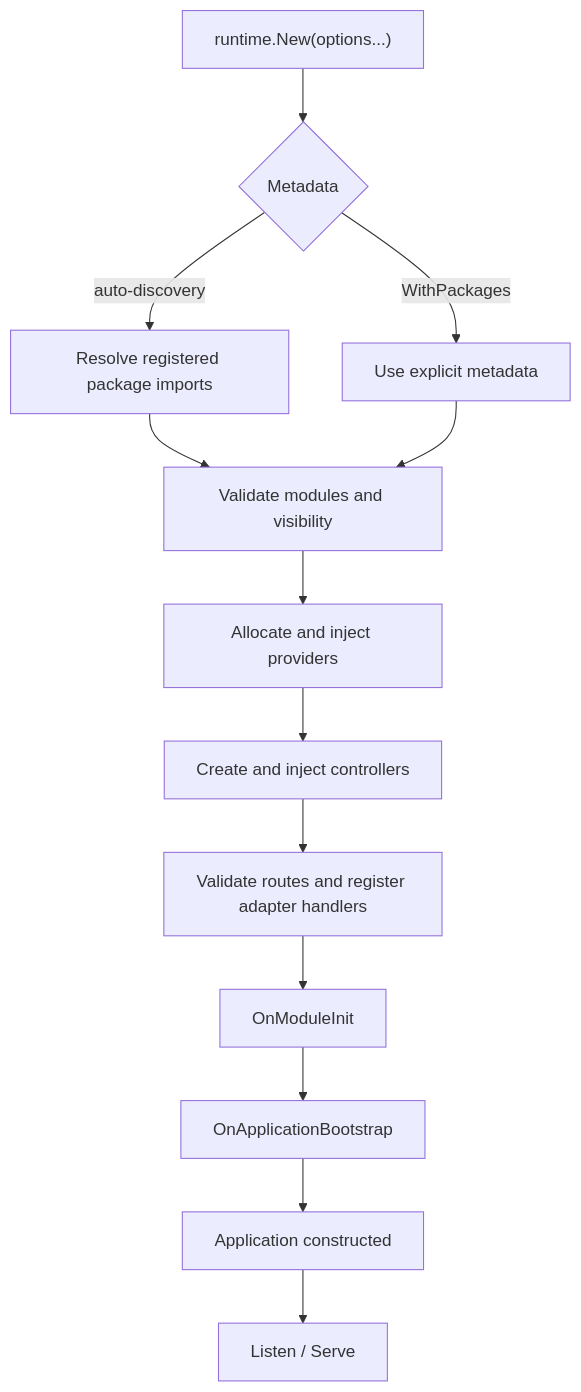
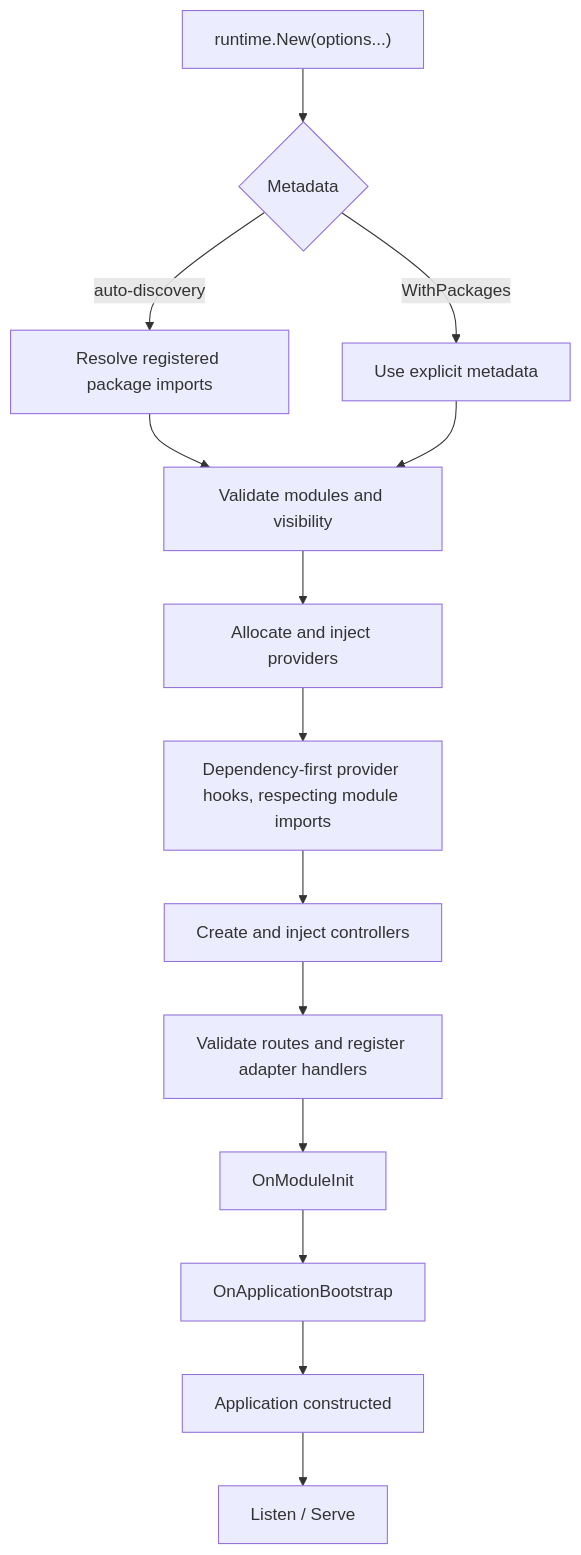
The first of 3 diagrams in website/docs/fundamentals/lifecycle.md (kevenmiano/nestgo), drawn with Mermaid before and after one commit. The commit also changed other lines of this file and 7 other files, not shown here.

````diff
--- a/website/docs/fundamentals/lifecycle.md
+++ b/website/docs/fundamentals/lifecycle.md
@@ -25,15 +25,16 @@
 ```mermaid
 flowchart TD
   Entry["runtime.New(options...)"] --> Source{"Metadata"}
   Source -->|"auto-discovery"| Registry["Resolve registered package imports"]
   Source -->|"WithPackages"| Direct["Use explicit metadata"]
   Registry --> Graph["Validate modules and visibility"]
   Direct --> Graph
   Graph --> Provider["Allocate and inject providers"]
-  Provider --> Controller["Create and inject controllers"]
+  Provider --> Order["Dependency-first provider hooks, respecting module imports"]
+  Order --> Controller["Create and inject controllers"]
   Controller --> Route["Validate routes and register adapter handlers"]
   Route --> Init["OnModuleInit"]
   Init --> Ready["OnApplicationBootstrap"]
   Ready --> App["Application constructed"]
   App --> Serve["Listen / Serve"]
 ```
````
